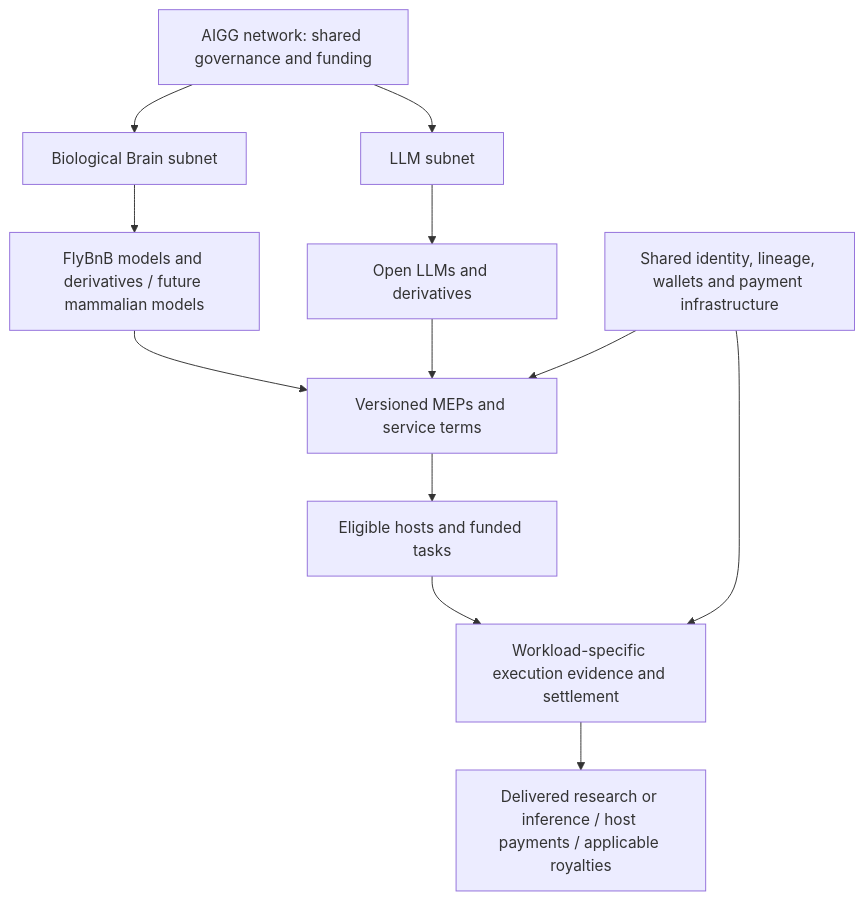
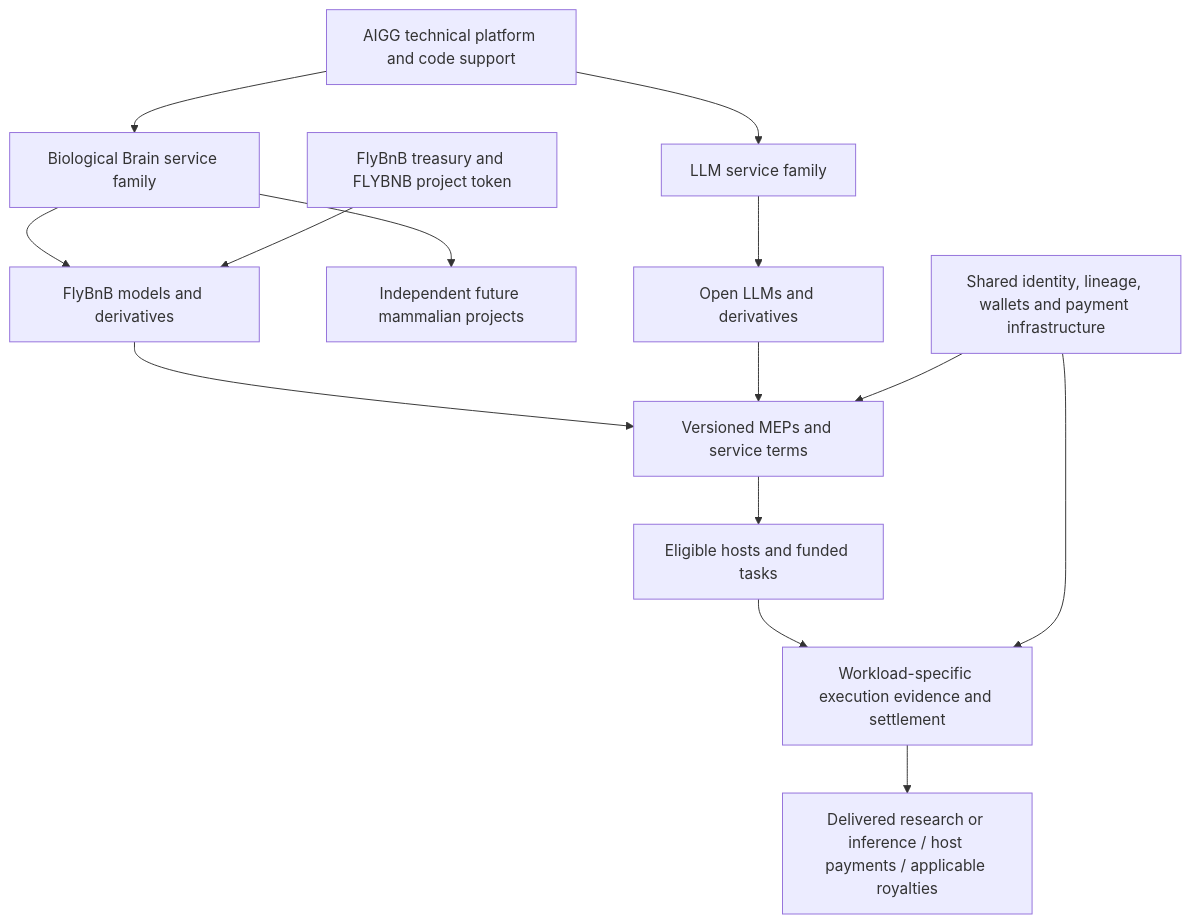
One commit to jianmliu/aigg-bnb changed the first of 2 diagrams in docs/WHITEPAPER.md. Above: the diagram before and after it, drawn with Mermaid. The commit also changed other lines of this file and 1 other file, not shown here.

Commit message:
Separate AIGG infrastructure from the FLYBNB project economy

````diff
--- a/docs/WHITEPAPER.md
+++ b/docs/WHITEPAPER.md
@@ -63,14 +63,16 @@
 ```mermaid
 flowchart TB
-    A[AIGG network: shared governance and funding] --> B[Biological Brain subnet]
-    A --> C[LLM subnet]
-    B --> D[FlyBnB models and derivatives / future mammalian models]
+    A[AIGG technical platform and code support] --> B[Biological Brain service family]
+    A --> C[LLM service family]
+    B --> D[FlyBnB models and derivatives]
+    B --> M[Independent future mammalian projects]
+    K[FlyBnB treasury and FLYBNB project token] --> D
     C --> E[Open LLMs and derivatives]
     D --> F[Versioned MEPs and service terms]
     E --> F
     F --> G[Eligible hosts and funded tasks]
     G --> H[Workload-specific execution evidence and settlement]
     H --> I[Delivered research or inference / host payments / applicable royalties]
     J[Shared identity, lineage, wallets and payment infrastructure] --> F
     J --> H
 ```
````
